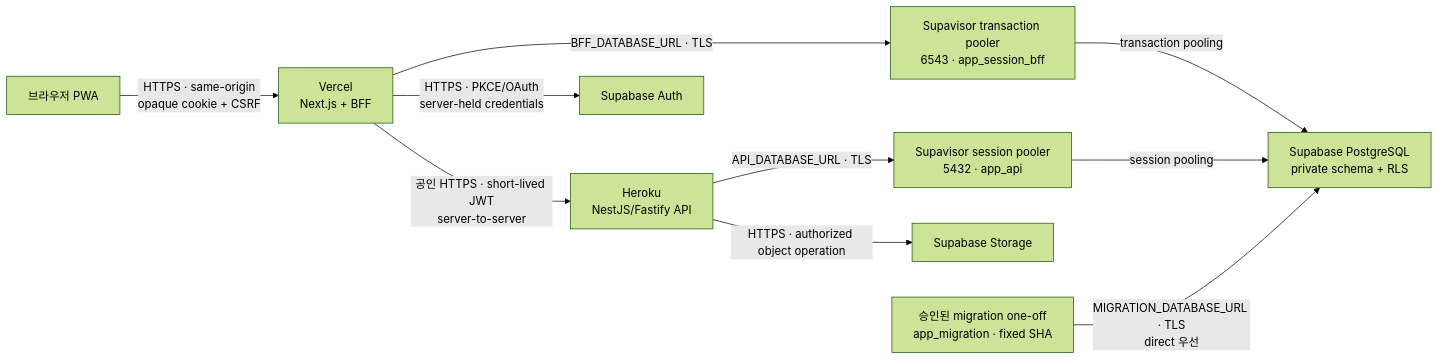
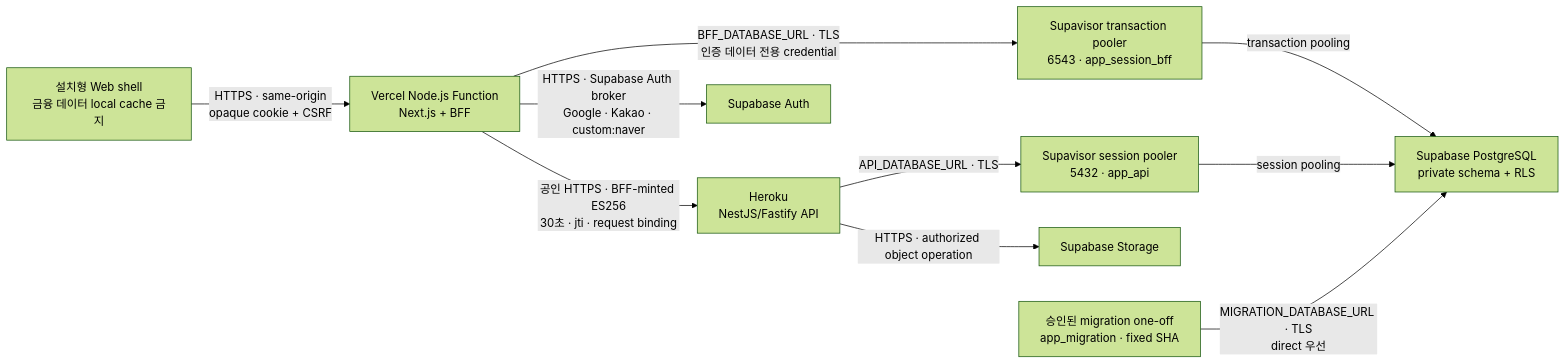
The diagram in docs/superpowers/specs/2026-07-23-managed-deployment-platform-design.md (jawon0407/account-book), drawn with Mermaid (forest theme) before and after one commit. The commit also changed other lines of this file, not shown here.

Commit message:
docs: specify delegated JWT trust boundary

````diff
--- a/docs/superpowers/specs/2026-07-23-managed-deployment-platform-design.md
+++ b/docs/superpowers/specs/2026-07-23-managed-deployment-platform-design.md
@@ -41,22 +41,22 @@
 ```mermaid
 flowchart LR
-  Browser["브라우저 PWA"]
-  Vercel["Vercel\nNext.js + BFF"]
+  Browser["설치형 Web shell\n금융 데이터 local cache 금지"]
+  Vercel["Vercel Node.js Function\nNext.js + BFF"]
   Heroku["Heroku\nNestJS/Fastify API"]
   Auth["Supabase Auth"]
   TxPool["Supavisor transaction pooler\n6543 · app_session_bff"]
   SessionPool["Supavisor session pooler\n5432 · app_api"]
   DB["Supabase PostgreSQL\nprivate schema + RLS"]
   Storage["Supabase Storage"]
   Migration["승인된 migration one-off\napp_migration · fixed SHA"]
 
   Browser -->|"HTTPS · same-origin\nopaque cookie + CSRF"| Vercel
-  Vercel -->|"공인 HTTPS · short-lived JWT\nserver-to-server"| Heroku
-  Vercel -->|"HTTPS · PKCE/OAuth\nserver-held credentials"| Auth
-  Vercel -->|"BFF_DATABASE_URL · TLS"| TxPool
+  Vercel -->|"공인 HTTPS · BFF-minted ES256\n30초 · jti · request binding"| Heroku
+  Vercel -->|"HTTPS · Supabase Auth broker\nGoogle · Kakao · custom:naver"| Auth
+  Vercel -->|"BFF_DATABASE_URL · TLS\n인증 데이터 전용 credential"| TxPool
   TxPool -->|"transaction pooling"| DB
   Heroku -->|"API_DATABASE_URL · TLS"| SessionPool
   SessionPool -->|"session pooling"| DB
   Heroku -->|"HTTPS · authorized object operation"| Storage
   Migration -->|"MIGRATION_DATABASE_URL · TLS\ndirect 우선"| DB
 ```
````
